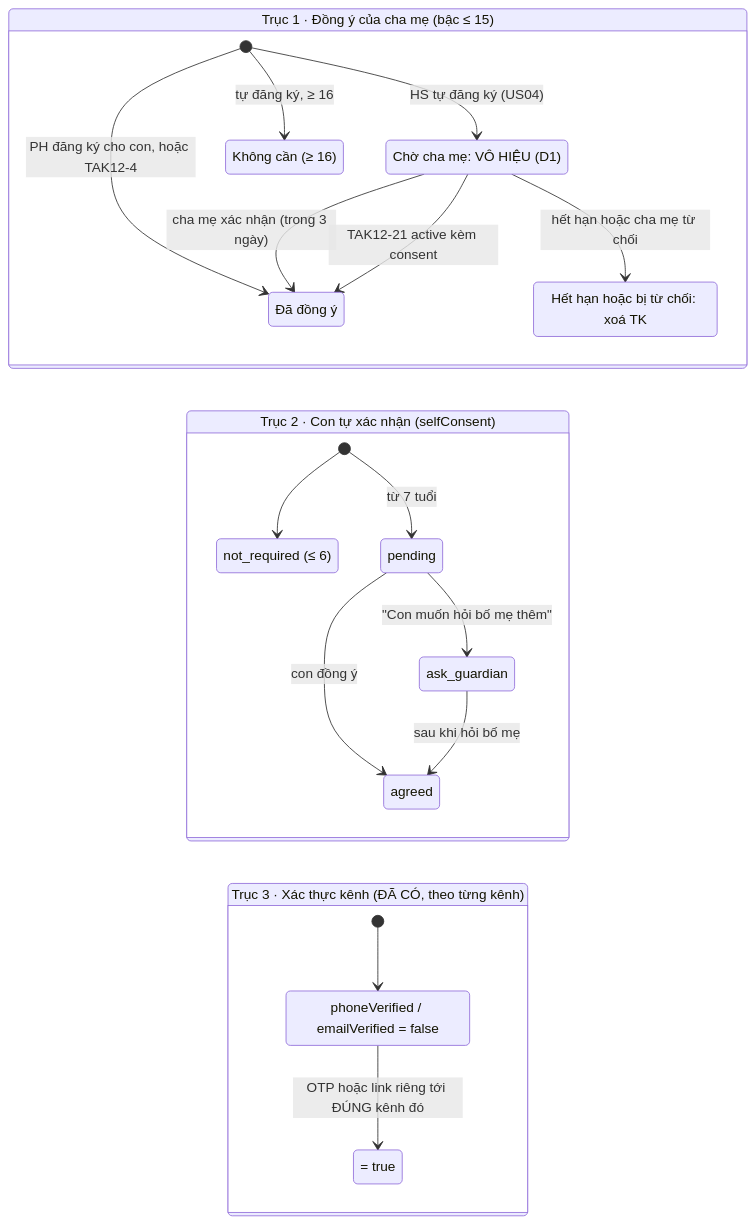
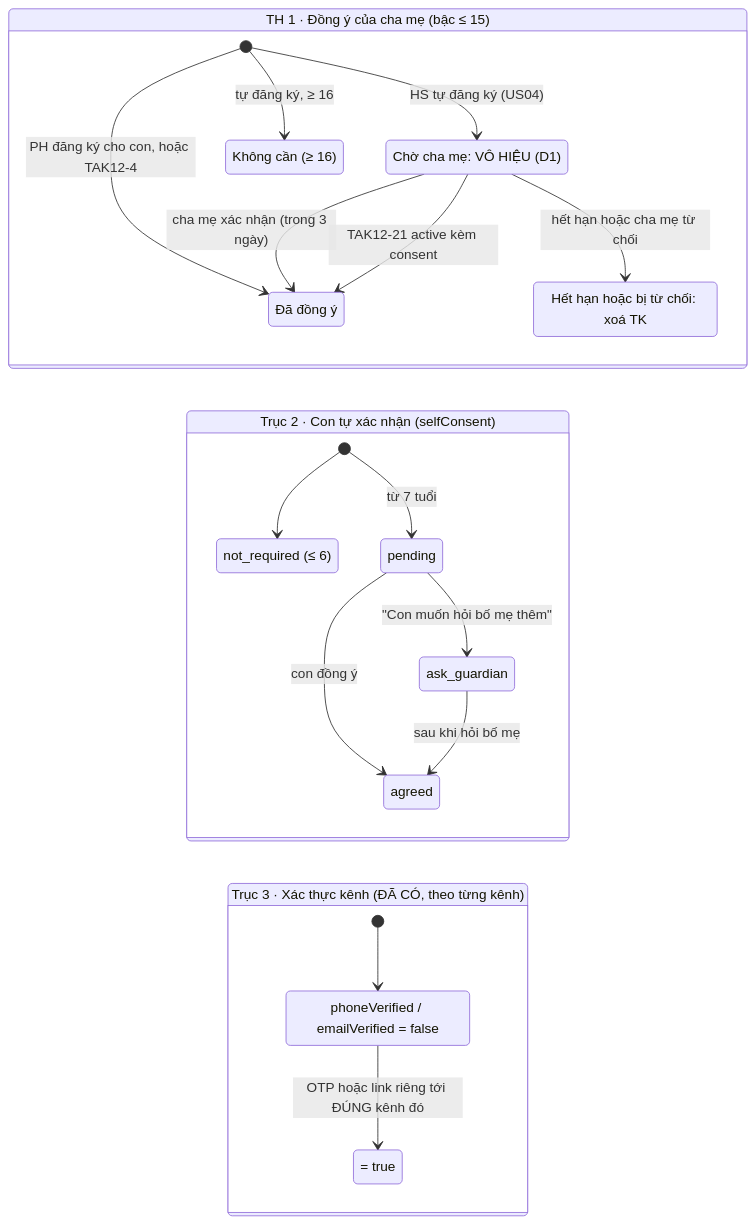
One commit to riddle-bash/tak12-eduhub-consent-flow changed the second of 8 diagrams in features-design.md. Above: the diagram before and after it, drawn with Mermaid. The commit also changed other lines of this file, not shown here.

````diff
--- a/features-design.md
+++ b/features-design.md
@@ -105,34 +66,34 @@
 ```mermaid
 stateDiagram-v2
   direction LR
-  state "Trục 1 · Đồng ý của cha mẹ (bậc ≤ 15)" as G {
+  state "TH 1 · Đồng ý của cha mẹ (bậc ≤ 15)" as G {
     state "Chờ cha mẹ: VÔ HIỆU (D1)" as P
     state "Đã đồng ý" as V
     state "Không cần (≥ 16)" as NR
     state "Hết hạn hoặc bị từ chối: xoá TK" as X
     [*] --> P: HS tự đăng ký (US04)
     [*] --> V: PH đăng ký cho con, hoặc TAK12-4
     [*] --> NR: tự đăng ký, ≥ 16
     P --> V: cha mẹ xác nhận (trong 3 ngày)
     P --> V: TAK12-21 active kèm consent
     P --> X: hết hạn hoặc cha mẹ từ chối
   }
   state "Trục 2 · Con tự xác nhận (selfConsent)" as S {
     state "not_required (≤ 6)" as SN
     state "pending" as SP
     state "agreed" as SA
     state "ask_guardian" as SG
     [*] --> SN
     [*] --> SP: từ 7 tuổi
     SP --> SA: con đồng ý
     SP --> SG: "Con muốn hỏi bố mẹ thêm"
     SG --> SA: sau khi hỏi bố mẹ
   }
   state "Trục 3 · Xác thực kênh (ĐÃ CÓ, theo từng kênh)" as C {
     state "phoneVerified / emailVerified = false" as U
     state "= true" as Ve
     [*] --> U
     U --> Ve: OTP hoặc link riêng tới ĐÚNG kênh đó
   }
   
 ```
````
